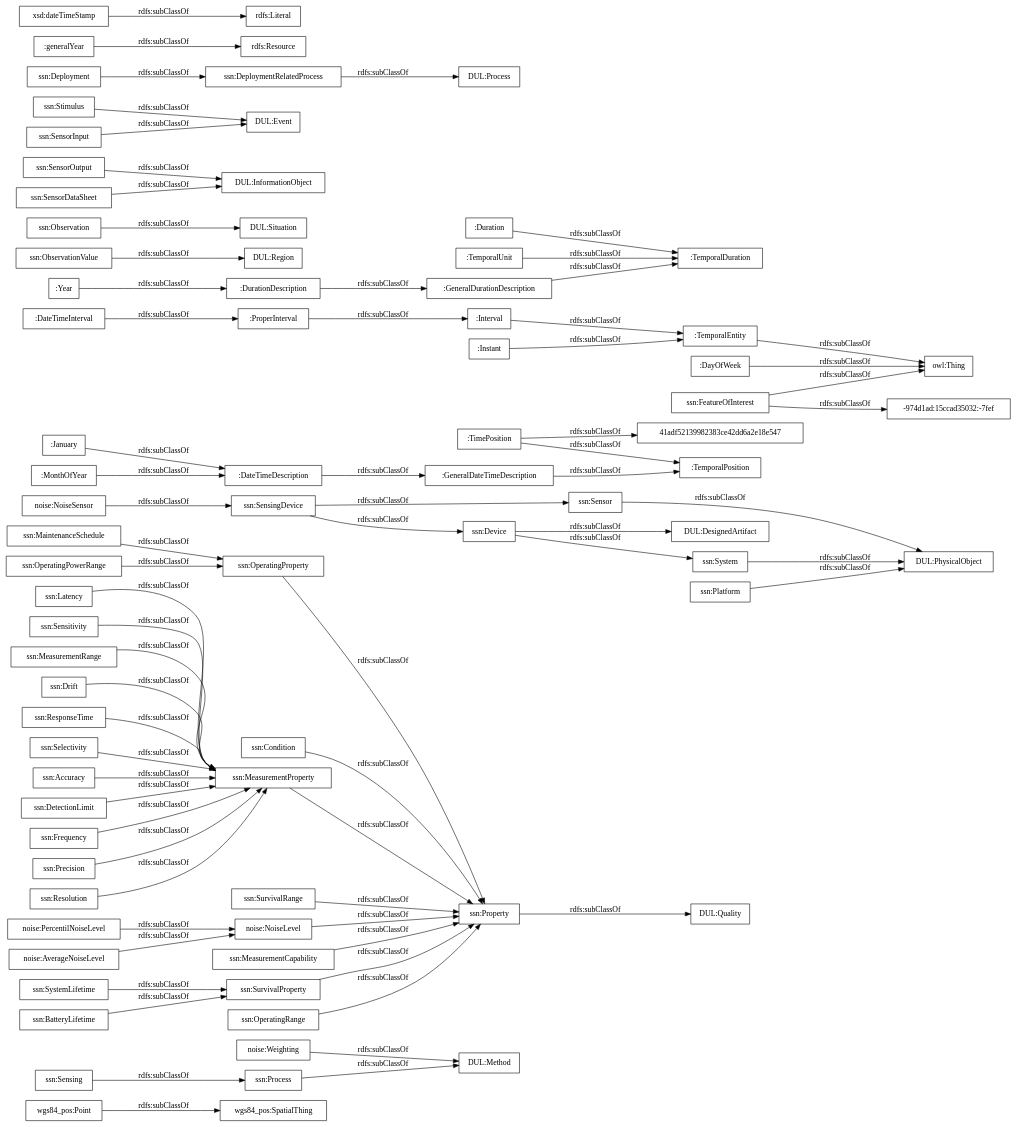
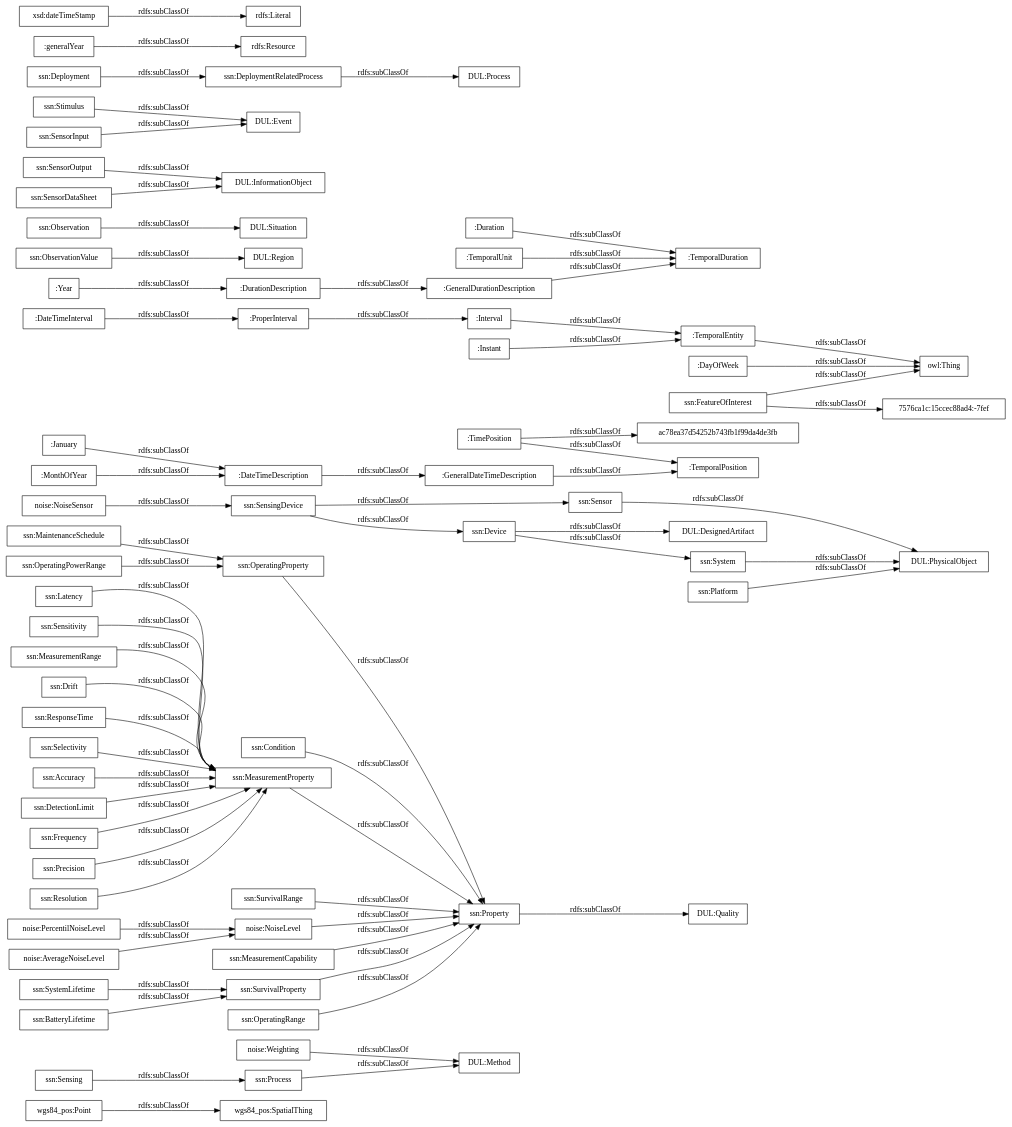
The diagram in OnToology/contaminacion-acustica.owl/diagrams/ar2dtool-taxonomy/contaminacion-acustica.owl.png.dot (paoespinozarias/ContaminacionAcustica-Ontology), drawn with Graphviz before and after one commit. The commit also changed 4 other files, not shown here.

```diff
--- a/OnToology/contaminacion-acustica.owl/diagrams/ar2dtool-taxonomy/contaminacion-acustica.owl.png.dot
+++ b/OnToology/contaminacion-acustica.owl/diagrams/ar2dtool-taxonomy/contaminacion-acustica.owl.png.dot
@@ -1,73 +1,73 @@
 digraph ar2dtool_diagram { 
 rankdir=LR;
 size="1000"
-node [shape = rectangle, color="black"]; "wgs84_pos:SpatialThing" "wgs84_pos:Point" "noise:Weighting" "noise:PercentilNoiseLevel" "noise:NoiseSensor" "noise:NoiseLevel" "noise:AverageNoiseLevel" ":GeneralDateTimeDescription" ":DateTimeInterval" ":DurationDescription" ":TemporalDuration" ":Duration" ":GeneralDurationDescription" ":January" ":ProperInterval" ":TimePosition" "41adf52139982383ce42dd6a2e18e547" ":TemporalPosition" ":Interval" ":TemporalEntity" ":Year" ":MonthOfYear" ":DateTimeDescription" ":TemporalUnit" ":Instant" ":DayOfWeek" "ssn:Accuracy" "ssn:DetectionLimit" "ssn:Frequency" "ssn:Condition" "DUL:Region" "DUL:Situation" "DUL:PhysicalObject" "ssn:SensorOutput" "ssn:Precision" "ssn:Resolution" "DUL:Quality" "ssn:FeatureOfInterest" "-974d1ad:15ccad35032:-7fef" "ssn:Sensor" "DUL:InformationObject" "ssn:OperatingProperty" "DUL:Event" "ssn:OperatingPowerRange" "DUL:Method" "ssn:MaintenanceSchedule" "ssn:Sensing" "ssn:Latency" "ssn:SurvivalRange" "ssn:SensingDevice" "DUL:DesignedArtifact" "ssn:Sensitivity" "ssn:Stimulus" "DUL:Process" "ssn:MeasurementRange" "ssn:System" "ssn:SystemLifetime" "ssn:Property" "ssn:MeasurementProperty" "ssn:Process" "ssn:Deployment" "ssn:MeasurementCapability" "ssn:BatteryLifetime" "ssn:Drift" "ssn:DeploymentRelatedProcess" "ssn:SensorInput" "ssn:ResponseTime" "ssn:ObservationValue" "ssn:SensorDataSheet" "ssn:Observation" "ssn:Selectivity" "ssn:SurvivalProperty" "ssn:Device" "ssn:OperatingRange" "ssn:Platform" ; /*classes style*/
+node [shape = rectangle, color="black"]; "wgs84_pos:SpatialThing" "wgs84_pos:Point" "noise:Weighting" "noise:PercentilNoiseLevel" "noise:NoiseSensor" "noise:NoiseLevel" "noise:AverageNoiseLevel" ":GeneralDateTimeDescription" ":DateTimeInterval" "ac78ea37d54252b743fb1f99da4de3fb" ":DurationDescription" ":TemporalDuration" ":Duration" ":GeneralDurationDescription" ":January" ":ProperInterval" ":TimePosition" ":TemporalPosition" ":Interval" ":TemporalEntity" ":Year" ":MonthOfYear" ":DateTimeDescription" ":TemporalUnit" ":Instant" ":DayOfWeek" "ssn:Accuracy" "ssn:DetectionLimit" "ssn:Frequency" "ssn:Condition" "DUL:Region" "DUL:Situation" "DUL:PhysicalObject" "ssn:SensorOutput" "ssn:Precision" "ssn:Resolution" "DUL:Quality" "ssn:FeatureOfInterest" "ssn:Sensor" "DUL:InformationObject" "ssn:OperatingProperty" "DUL:Event" "ssn:OperatingPowerRange" "DUL:Method" "ssn:MaintenanceSchedule" "ssn:Sensing" "ssn:Latency" "ssn:SurvivalRange" "ssn:SensingDevice" "DUL:DesignedArtifact" "7576ca1c:15ccec88ad4:-7fef" "ssn:Sensitivity" "ssn:Stimulus" "DUL:Process" "ssn:MeasurementRange" "ssn:System" "ssn:SystemLifetime" "ssn:Property" "ssn:MeasurementProperty" "ssn:Process" "ssn:Deployment" "ssn:MeasurementCapability" "ssn:BatteryLifetime" "ssn:Drift" "ssn:DeploymentRelatedProcess" "ssn:SensorInput" "ssn:ResponseTime" "ssn:ObservationValue" "ssn:SensorDataSheet" "ssn:Observation" "ssn:Selectivity" "ssn:SurvivalProperty" "ssn:Device" "ssn:OperatingRange" "ssn:Platform" ; /*classes style*/
 	":DateTimeDescription" -> ":GeneralDateTimeDescription" [ label = "rdfs:subClassOf" ];
 	"noise:AverageNoiseLevel" -> "noise:NoiseLevel" [ label = "rdfs:subClassOf" ];
 	"ssn:Deployment" -> "ssn:DeploymentRelatedProcess" [ label = "rdfs:subClassOf" ];
 	"ssn:SensingDevice" -> "ssn:Sensor" [ label = "rdfs:subClassOf" ];
 	"ssn:SensingDevice" -> "ssn:Device" [ label = "rdfs:subClassOf" ];
 	"ssn:DeploymentRelatedProcess" -> "DUL:Process" [ label = "rdfs:subClassOf" ];
 	"ssn:Accuracy" -> "ssn:MeasurementProperty" [ label = "rdfs:subClassOf" ];
 	":Instant" -> ":TemporalEntity" [ label = "rdfs:subClassOf" ];
 	"ssn:FeatureOfInterest" -> "owl:Thing" [ label = "rdfs:subClassOf" ];
-	"ssn:FeatureOfInterest" -> "-974d1ad:15ccad35032:-7fef" [ label = "rdfs:subClassOf" ];
+	"ssn:FeatureOfInterest" -> "7576ca1c:15ccec88ad4:-7fef" [ label = "rdfs:subClassOf" ];
 	"ssn:Latency" -> "ssn:MeasurementProperty" [ label = "rdfs:subClassOf" ];
 	"ssn:Process" -> "DUL:Method" [ label = "rdfs:subClassOf" ];
 	"noise:Weighting" -> "DUL:Method" [ label = "rdfs:subClassOf" ];
 	":ProperInterval" -> ":Interval" [ label = "rdfs:subClassOf" ];
 	"ssn:Property" -> "DUL:Quality" [ label = "rdfs:subClassOf" ];
 	"ssn:MeasurementProperty" -> "ssn:Property" [ label = "rdfs:subClassOf" ];
 	"wgs84_pos:Point" -> "wgs84_pos:SpatialThing" [ label = "rdfs:subClassOf" ];
 	":MonthOfYear" -> ":DateTimeDescription" [ label = "rdfs:subClassOf" ];
 	"ssn:ResponseTime" -> "ssn:MeasurementProperty" [ label = "rdfs:subClassOf" ];
 	"ssn:OperatingRange" -> "ssn:Property" [ label = "rdfs:subClassOf" ];
 	"noise:NoiseLevel" -> "ssn:Property" [ label = "rdfs:subClassOf" ];
 	"ssn:MeasurementRange" -> "ssn:MeasurementProperty" [ label = "rdfs:subClassOf" ];
 	"ssn:Stimulus" -> "DUL:Event" [ label = "rdfs:subClassOf" ];
 	":Duration" -> ":TemporalDuration" [ label = "rdfs:subClassOf" ];
 	"ssn:SurvivalProperty" -> "ssn:Property" [ label = "rdfs:subClassOf" ];
 	"ssn:MaintenanceSchedule" -> "ssn:OperatingProperty" [ label = "rdfs:subClassOf" ];
 	"ssn:SensorInput" -> "DUL:Event" [ label = "rdfs:subClassOf" ];
-	":TimePosition" -> "41adf52139982383ce42dd6a2e18e547" [ label = "rdfs:subClassOf" ];
+	":TimePosition" -> "ac78ea37d54252b743fb1f99da4de3fb" [ label = "rdfs:subClassOf" ];
 	":TimePosition" -> ":TemporalPosition" [ label = "rdfs:subClassOf" ];
 	":TemporalEntity" -> "owl:Thing" [ label = "rdfs:subClassOf" ];
 	"ssn:Sensitivity" -> "ssn:MeasurementProperty" [ label = "rdfs:subClassOf" ];
 	"ssn:Drift" -> "ssn:MeasurementProperty" [ label = "rdfs:subClassOf" ];
 	"ssn:System" -> "DUL:PhysicalObject" [ label = "rdfs:subClassOf" ];
 	":GeneralDurationDescription" -> ":TemporalDuration" [ label = "rdfs:subClassOf" ];
 	"ssn:Resolution" -> "ssn:MeasurementProperty" [ label = "rdfs:subClassOf" ];
 	"ssn:Precision" -> "ssn:MeasurementProperty" [ label = "rdfs:subClassOf" ];
 	"noise:PercentilNoiseLevel" -> "noise:NoiseLevel" [ label = "rdfs:subClassOf" ];
 	"ssn:DetectionLimit" -> "ssn:MeasurementProperty" [ label = "rdfs:subClassOf" ];
 	":DateTimeInterval" -> ":ProperInterval" [ label = "rdfs:subClassOf" ];
 	"ssn:Sensor" -> "DUL:PhysicalObject" [ label = "rdfs:subClassOf" ];
 	"ssn:SensorDataSheet" -> "DUL:InformationObject" [ label = "rdfs:subClassOf" ];
 	"ssn:OperatingPowerRange" -> "ssn:OperatingProperty" [ label = "rdfs:subClassOf" ];
 	"noise:NoiseSensor" -> "ssn:SensingDevice" [ label = "rdfs:subClassOf" ];
 	":Interval" -> ":TemporalEntity" [ label = "rdfs:subClassOf" ];
 	":GeneralDateTimeDescription" -> ":TemporalPosition" [ label = "rdfs:subClassOf" ];
 	":January" -> ":DateTimeDescription" [ label = "rdfs:subClassOf" ];
 	"ssn:ObservationValue" -> "DUL:Region" [ label = "rdfs:subClassOf" ];
 	":DayOfWeek" -> "owl:Thing" [ label = "rdfs:subClassOf" ];
 	"ssn:Device" -> "DUL:DesignedArtifact" [ label = "rdfs:subClassOf" ];
 	"ssn:Device" -> "ssn:System" [ label = "rdfs:subClassOf" ];
 	"ssn:Platform" -> "DUL:PhysicalObject" [ label = "rdfs:subClassOf" ];
 	":Year" -> ":DurationDescription" [ label = "rdfs:subClassOf" ];
 	":DurationDescription" -> ":GeneralDurationDescription" [ label = "rdfs:subClassOf" ];
 	"ssn:OperatingProperty" -> "ssn:Property" [ label = "rdfs:subClassOf" ];
 	":generalYear" -> "rdfs:Resource" [ label = "rdfs:subClassOf" ];
 	"ssn:Selectivity" -> "ssn:MeasurementProperty" [ label = "rdfs:subClassOf" ];
 	"ssn:BatteryLifetime" -> "ssn:SurvivalProperty" [ label = "rdfs:subClassOf" ];
 	":TemporalUnit" -> ":TemporalDuration" [ label = "rdfs:subClassOf" ];
 	"ssn:Observation" -> "DUL:Situation" [ label = "rdfs:subClassOf" ];
 	"ssn:Sensing" -> "ssn:Process" [ label = "rdfs:subClassOf" ];
 	"ssn:SystemLifetime" -> "ssn:SurvivalProperty" [ label = "rdfs:subClassOf" ];
 	"ssn:SurvivalRange" -> "ssn:Property" [ label = "rdfs:subClassOf" ];
 	"ssn:Frequency" -> "ssn:MeasurementProperty" [ label = "rdfs:subClassOf" ];
 	"ssn:SensorOutput" -> "DUL:InformationObject" [ label = "rdfs:subClassOf" ];
 	"ssn:Condition" -> "ssn:Property" [ label = "rdfs:subClassOf" ];
 	"xsd:dateTimeStamp" -> "rdfs:Literal" [ label = "rdfs:subClassOf" ];
 	"ssn:MeasurementCapability" -> "ssn:Property" [ label = "rdfs:subClassOf" ];
 
 }
```
